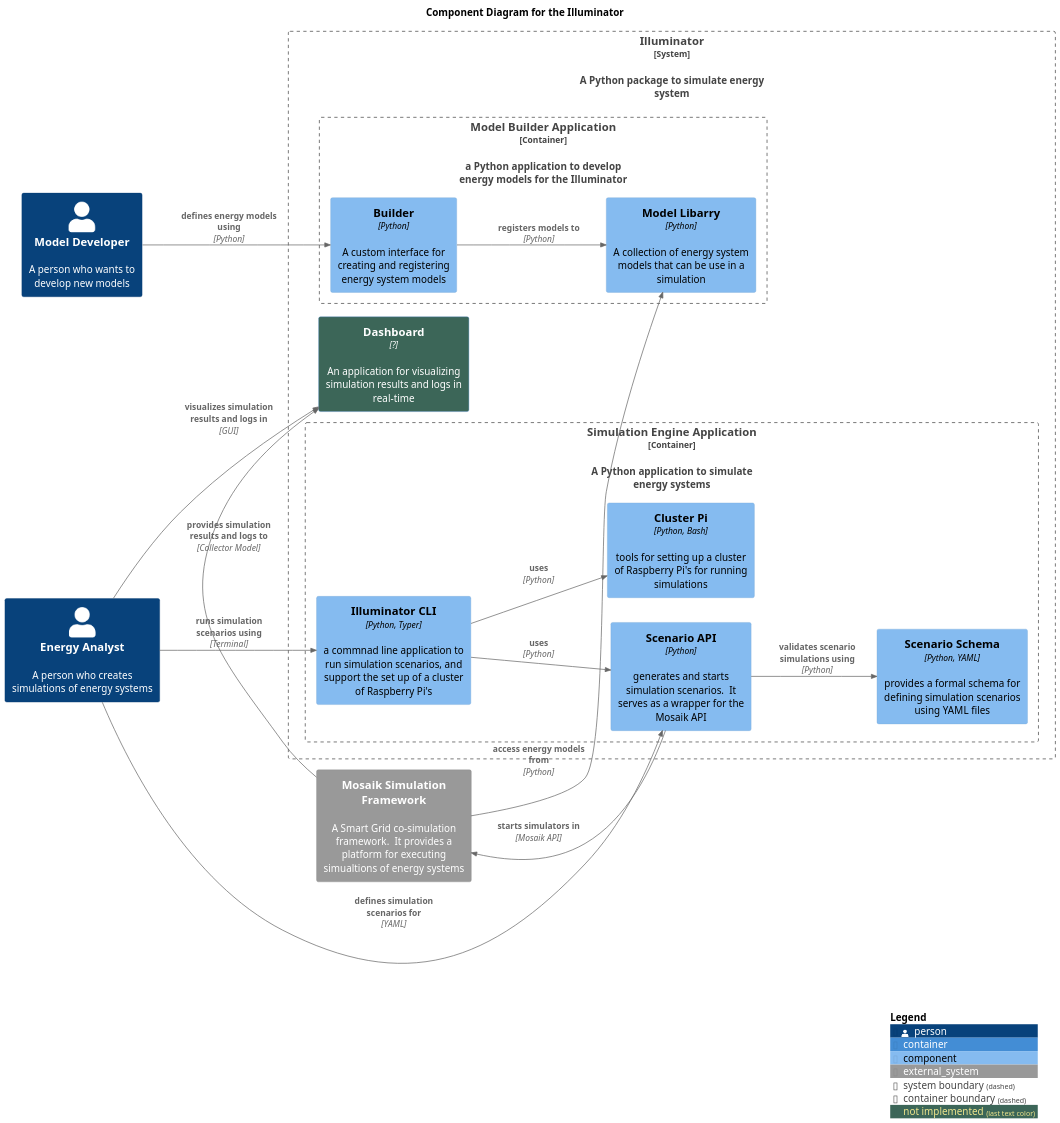
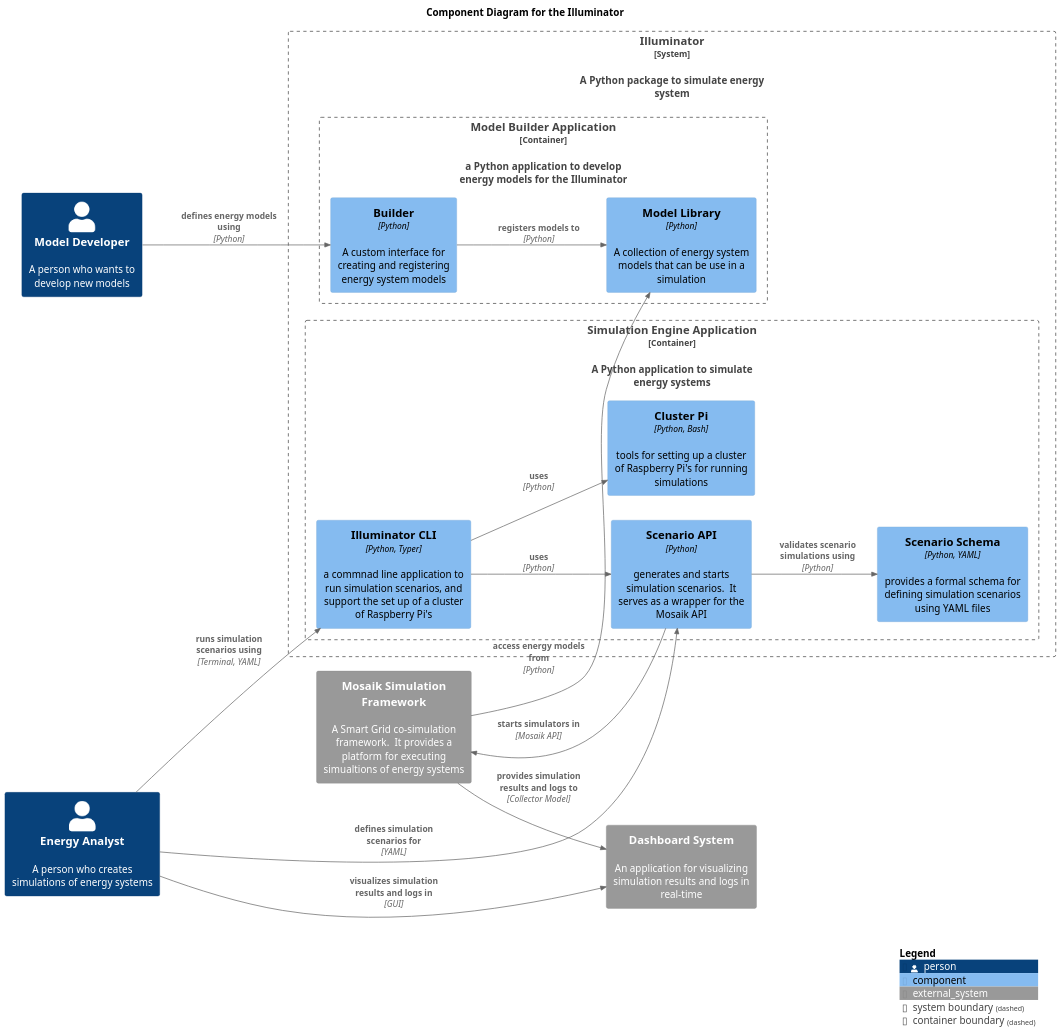
The diagram in docs/diagrams/components.puml (Illuminator-team/Illuminator), drawn with PlantUML before and after one commit.

Commit message:
update component diagram

```diff
--- a/docs/diagrams/components.puml
+++ b/docs/diagrams/components.puml
@@ -1,55 +1,55 @@
 @startuml
 !include https://raw.githubusercontent.com/plantuml-stdlib/C4-PlantUML/master/C4_Component.puml
 
 scale 1.5
 LAYOUT_LANDSCAPE()
 title Component Diagram for the Illuminator
 
 AddElementTag("not implemented", $bgColor="#3c6658")
 
 Person(modelDeveloper, "Model Developer", "A person who wants to develop new models")
 Person(energyAnalyst, "Energy Analyst", "A person who creates simulations of energy systems")
 
 System_Ext(mosaik, "Mosaik Simulation Framework", "A Smart Grid co-simulation framework.  It provides a platform for executing  simualtions of energy systems")
 
+System_Ext(dashboard, "Dashboard System",  "An application for visualizing simulation results and logs in real-time")
+
 System_Boundary(illuminatorSys, "Illuminator", $descr="A Python package to simulate energy system") {
-
-    Container(dashboard, "Dashboard", "?", "An application for visualizing simulation results and logs in real-time", $tags="not implemented")
 
     Container_Boundary(builderApp, "Model Builder Application", "Python", $descr="a Python application to develop energy models for the Illuminator") {
         Component(modelBuilder, "Builder", "Python", "A custom interface for creating and registering energy system models")
-        Component(modelLibrary, "Model Libarry", "Python", "A collection of energy system models that can be use in a simulation")
+        Component(modelLibrary, "Model Library", "Python", "A collection of energy system models that can be use in a simulation")
 
         Rel(modelBuilder, modelLibrary, "registers models to", "Python")
         Rel(modelDeveloper, modelBuilder, "defines energy models using", "Python")
 
     }
     Container_Boundary(simulationEngine, "Simulation Engine Application", "Python", $descr="A Python application to simulate energy systems") {
         Component(scenarioApi, "Scenario API", "Python", "generates and starts simulation scenarios.  It serves as a wrapper for the Mosaik API")
         Component(clusterPi, "Cluster Pi", "Python, Bash", "tools for setting up a cluster of Raspberry Pi's for running simulations")
         Component(cli, "Illuminator CLI", "Python, Typer", "a commnad line application to run simulation scenarios, and support the set up of a cluster of Raspberry Pi's")
 
         Component(scenarioSchema, "Scenario Schema", "Python, YAML", "provides a formal schema for defining simulation scenarios using YAML files")
 
         Rel(cli, scenarioApi, "uses", "Python")
         Rel(cli, clusterPi, "uses", "Python")
         Rel(scenarioApi, scenarioSchema, "validates scenario simulations using", "Python")
 
 }
     
     Rel(scenarioApi, mosaik, "starts simulators in", "Mosaik API")
     Rel(mosaik, dashboard, "provides simulation results and logs to", "Collector Model")
 
 }
 
 
 Rel(mosaik, modelLibrary, "access energy models from", "Python")
 
 Rel(energyAnalyst, scenarioApi, "defines simulation scenarios for", "YAML")
-Rel(energyAnalyst, cli, "runs simulation scenarios using", "Terminal")
+Rel(energyAnalyst, cli, "runs simulation scenarios using", "Terminal, YAML")
 
 Rel(energyAnalyst,dashboard, "visualizes simulation results and logs in", "GUI")
 
 
 SHOW_LEGEND()
 @enduml
```
